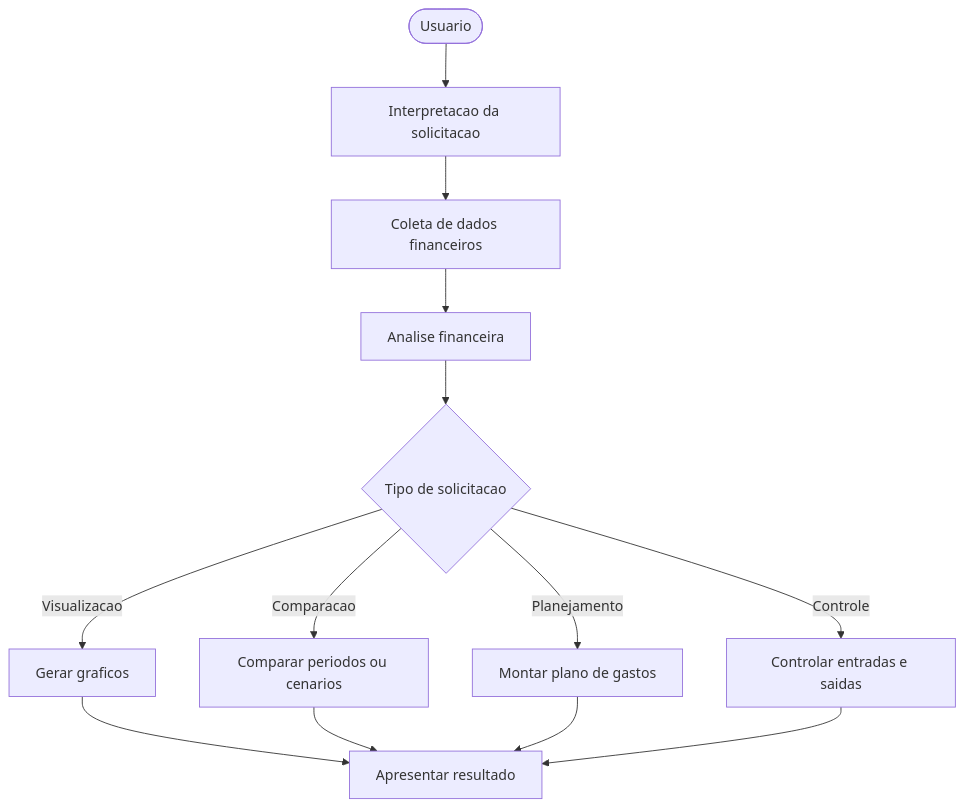
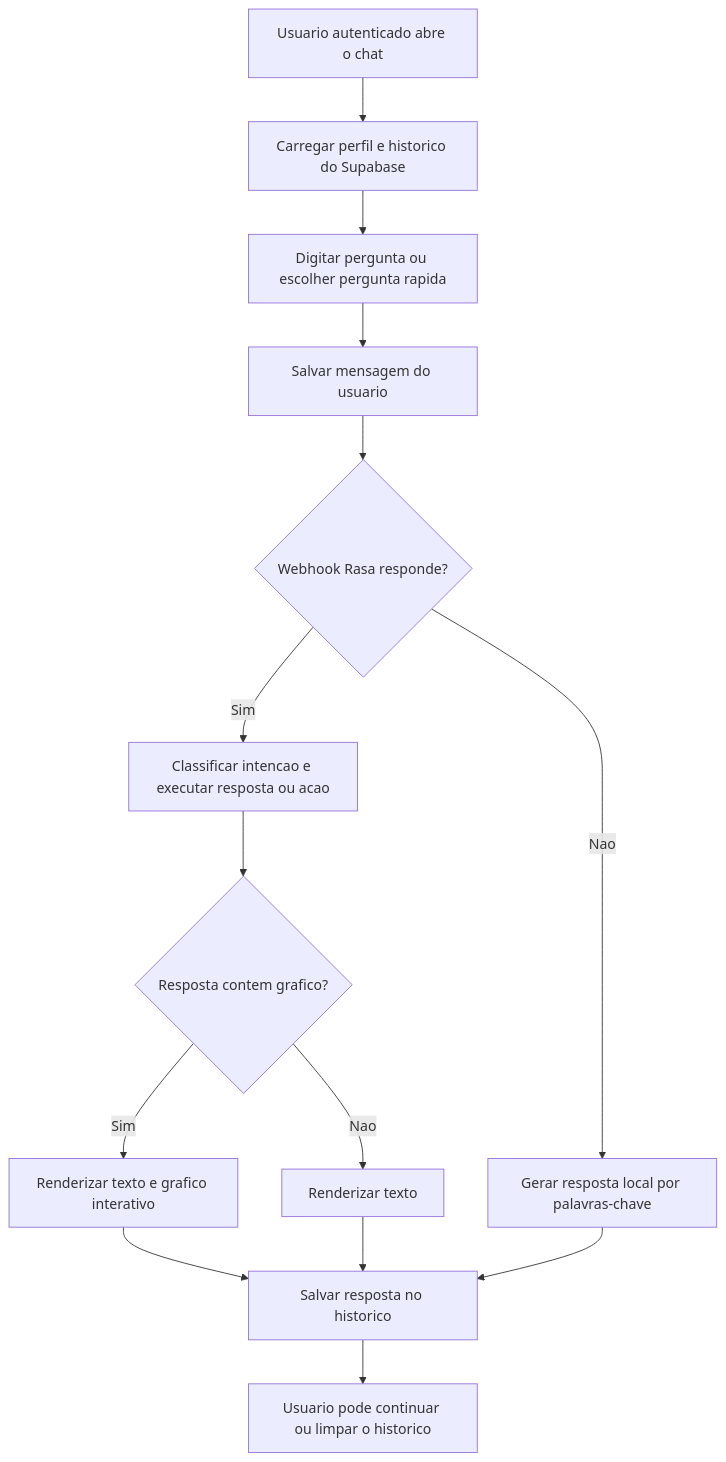
Before and after one commit to g-reitas037/projeto_ia: the second of 2 diagrams in Organiza Mais/documentacao.md, drawn with Mermaid. The commit also changed other lines of this file and 1 other file, not shown here.

````diff
--- a/Organiza Mais/documentacao.md
+++ b/Organiza Mais/documentacao.md
@@ -112,15 +127,16 @@
 ```mermaid
 flowchart TD
-    A([Usuario]) --> B[Interpretacao da solicitacao]
-    B --> C[Coleta de dados financeiros]
-    C --> D[Analise financeira]
-    D --> E{Tipo de solicitacao}
-    E -->|Visualizacao| F[Gerar graficos]
-    E -->|Comparacao| G[Comparar periodos ou cenarios]
-    E -->|Planejamento| H[Montar plano de gastos]
-    E -->|Controle| I[Controlar entradas e saidas]
-    F --> J[Apresentar resultado]
-    G --> J
-    H --> J
-    I --> J
+    A[Usuario autenticado abre o chat] --> B[Carregar perfil e historico do Supabase]
+    B --> C[Digitar pergunta ou escolher pergunta rapida]
+    C --> D[Salvar mensagem do usuario]
+    D --> E{Webhook Rasa responde?}
+    E -->|Sim| F[Classificar intencao e executar resposta ou acao]
+    F --> G{Resposta contem grafico?}
+    G -->|Sim| H[Renderizar texto e grafico interativo]
+    G -->|Nao| I[Renderizar texto]
+    E -->|Nao| J[Gerar resposta local por palavras-chave]
+    H --> K[Salvar resposta no historico]
+    I --> K
+    J --> K
+    K --> L[Usuario pode continuar ou limpar o historico]
 ```
````
